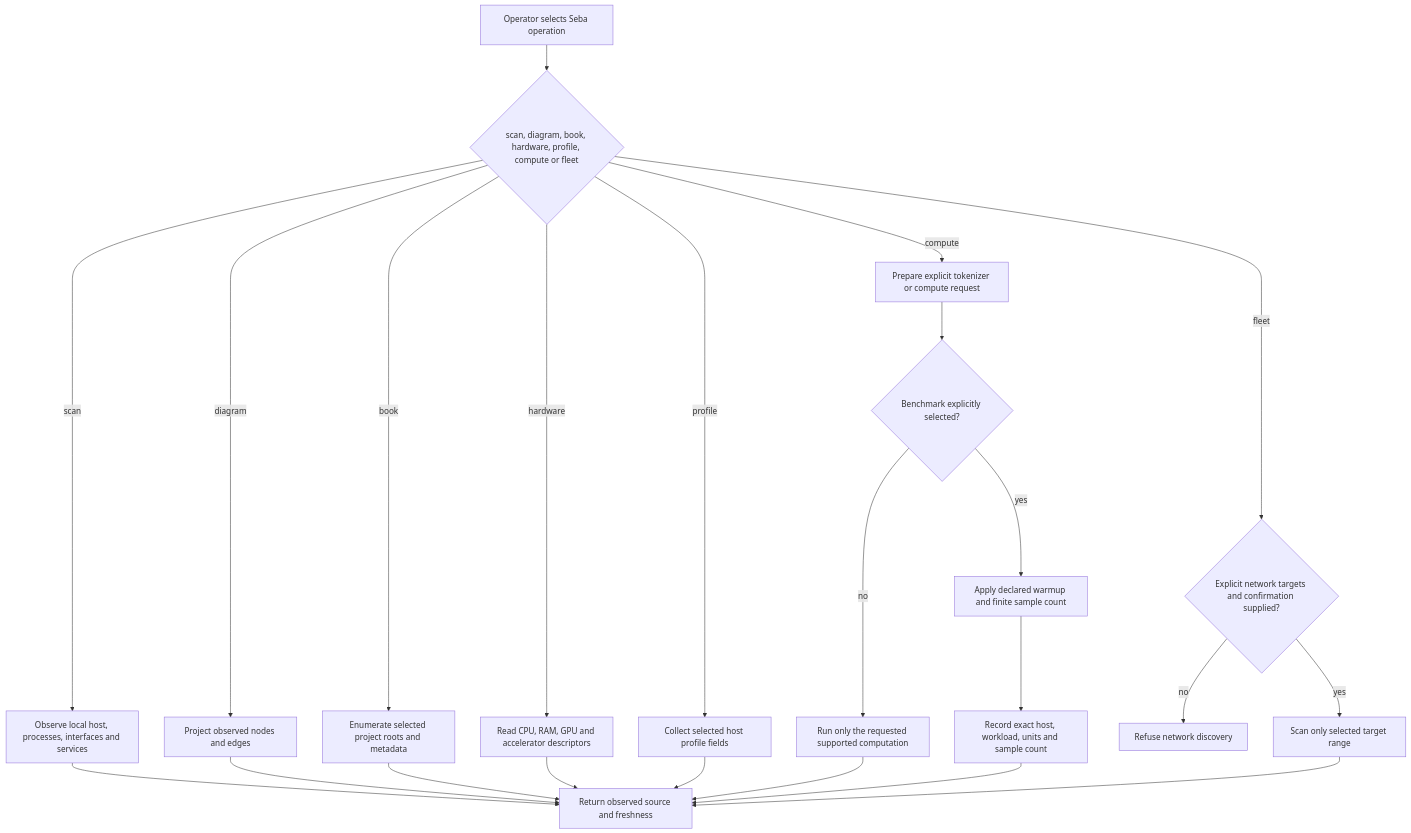
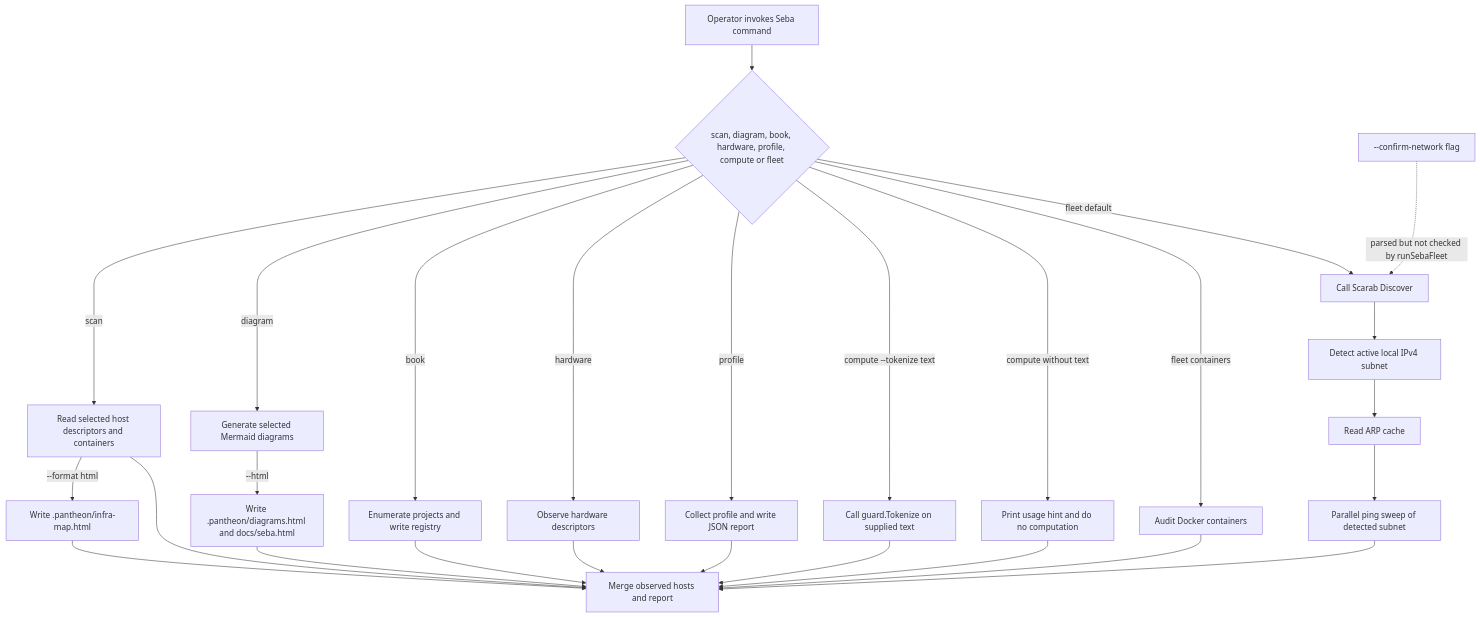
Before and after one commit to SirsiMaster/sirsi-pantheon: diagram 26 of 45 in docs/stacklab/pantheon-pt/canon/DIAGRAMS_PRODUCT_OPERATIONS.md, drawn with Mermaid. The commit also changed other lines of this file and 2 other files, not shown here.

Commit message:
docs(stacklab): align workflow diagrams with actual effects and recovery

````diff
--- a/docs/stacklab/pantheon-pt/canon/DIAGRAMS_PRODUCT_OPERATIONS.md
+++ b/docs/stacklab/pantheon-pt/canon/DIAGRAMS_PRODUCT_OPERATIONS.md
@@ -678,25 +731,29 @@
 ```mermaid
 flowchart TD
-  U[Operator selects Seba operation] --> OP{scan, diagram, book, hardware, profile, compute or fleet}
-  OP -->|scan| LOCAL[Observe local host, processes, interfaces and services]
-  OP -->|diagram| TOPO[Project observed nodes and edges]
-  OP -->|book| DISC[Enumerate selected project roots and metadata]
-  OP -->|hardware| HW[Read CPU, RAM, GPU and accelerator descriptors]
-  OP -->|profile| PROF[Collect selected host profile fields]
-  OP -->|compute| COMP[Prepare explicit tokenizer or compute request]
-  COMP --> BENCH{Benchmark explicitly selected?}
-  BENCH -->|no| RUN[Run only the requested supported computation]
-  BENCH -->|yes| WARM[Apply declared warmup and finite sample count]
-  WARM --> MEASURE[Record exact host, workload, units and sample count]
-  OP -->|fleet| TARGET{Explicit network targets and confirmation supplied?}
-  TARGET -->|no| REFUSE[Refuse network discovery]
-  TARGET -->|yes| SCAN[Scan only selected target range]
-  LOCAL --> OBS[Return observed source and freshness]
-  TOPO --> OBS
-  DISC --> OBS
-  HW --> OBS
-  PROF --> OBS
-  RUN --> OBS
-  MEASURE --> OBS
-  SCAN --> OBS
+  OP[Operator invokes Seba command] --> CMD{scan, diagram, book, hardware, profile, compute or fleet}
+  CMD -->|scan| OBS[Read selected host descriptors and containers]
+  OBS -->|--format html| HTML[Write .pantheon/infra-map.html]
+  CMD -->|diagram| DIAG[Generate selected Mermaid diagrams]
+  DIAG -->|--html| DHTML[Write .pantheon/diagrams.html and docs/seba.html]
+  CMD -->|book| BOOK[Enumerate projects and write registry]
+  CMD -->|hardware| HW[Observe hardware descriptors]
+  CMD -->|profile| PROF[Collect profile and write JSON report]
+  CMD -->|compute --tokenize text| TOKEN[Call guard.Tokenize on supplied text]
+  CMD -->|compute without text| USAGE[Print usage hint and do no computation]
+  CMD -->|fleet containers| CONTAINERS[Audit Docker containers]
+  CMD -->|fleet default| DISCOVER[Call Scarab Discover]
+  FLAG[--confirm-network flag] -. parsed but not checked by runSebaFleet .-> DISCOVER
+  DISCOVER --> SUBNET[Detect active local IPv4 subnet]
+  SUBNET --> ARP[Read ARP cache]
+  ARP --> PING[Parallel ping sweep of detected subnet]
+  PING --> RESULT[Merge observed hosts and report]
+  OBS --> RESULT
+  HTML --> RESULT
+  DHTML --> RESULT
+  BOOK --> RESULT
+  HW --> RESULT
+  PROF --> RESULT
+  TOKEN --> RESULT
+  USAGE --> RESULT
+  CONTAINERS --> RESULT
 ```
````
